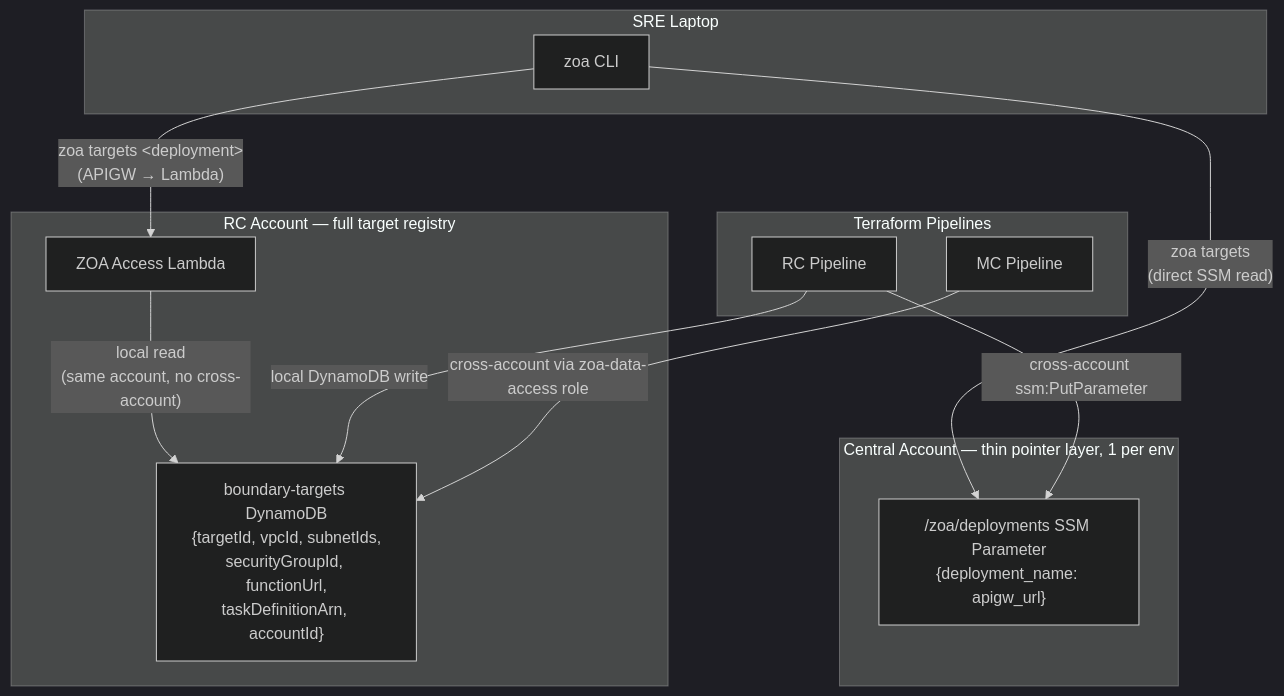
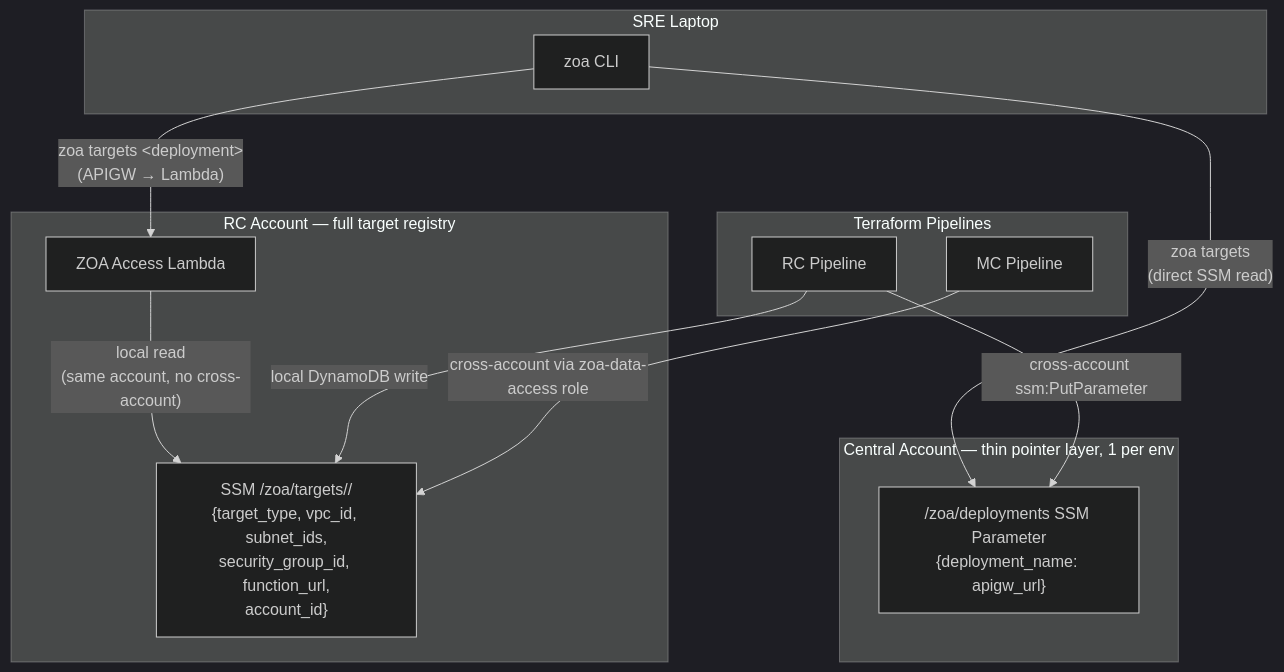
One commit to slopezz/rosa-hyperfleet-zoa changed the second of 7 diagrams in docs/design/zoa-boundary-epic-plan.md. Above: the diagram before and after it, drawn with Mermaid (dark theme). The commit also changed other lines of this file, not shown here.

First line of the commit message:
docs: add security architecture and break-glass design to epic plan

````diff
--- a/docs/design/zoa-boundary-epic-plan.md
+++ b/docs/design/zoa-boundary-epic-plan.md
@@ -75,28 +75,28 @@
 ```mermaid
 graph TD
     subgraph centralAccount [Central Account — thin pointer layer, 1 per env]
         paramEnvs["/zoa/deployments SSM Parameter<br/>{deployment_name: apigw_url}"]
     end
 
     subgraph rcAccount [RC Account — full target registry]
-        boundaryTargets["boundary-targets DynamoDB<br/>{targetId, vpcId, subnetIds,<br/>securityGroupId, functionUrl,<br/>taskDefinitionArn, accountId}"]
+        boundaryTargets["SSM /zoa/targets/<deployment>/<cluster><br/>{target_type, vpc_id, subnet_ids,<br/>security_group_id, function_url,<br/>account_id}"]
         accessLambda["ZOA Access Lambda"]
     end
 
     subgraph sreLaptop [SRE Laptop]
         zoaCLI["zoa CLI"]
     end
 
     subgraph terraform [Terraform Pipelines]
         rcPipeline["RC Pipeline"]
         mcPipeline["MC Pipeline"]
     end
 
     zoaCLI -->|"zoa targets<br/>(direct SSM read)"| paramEnvs
     zoaCLI -->|"zoa targets &lt;deployment&gt;<br/>(APIGW → Lambda)"| accessLambda
     accessLambda -->|"local read<br/>(same account, no cross-account)"| boundaryTargets
 
     rcPipeline -->|"cross-account ssm:PutParameter"| paramEnvs
     rcPipeline -->|"local DynamoDB write"| boundaryTargets
     mcPipeline -->|"cross-account via zoa-data-access role"| boundaryTargets
 ```
````
